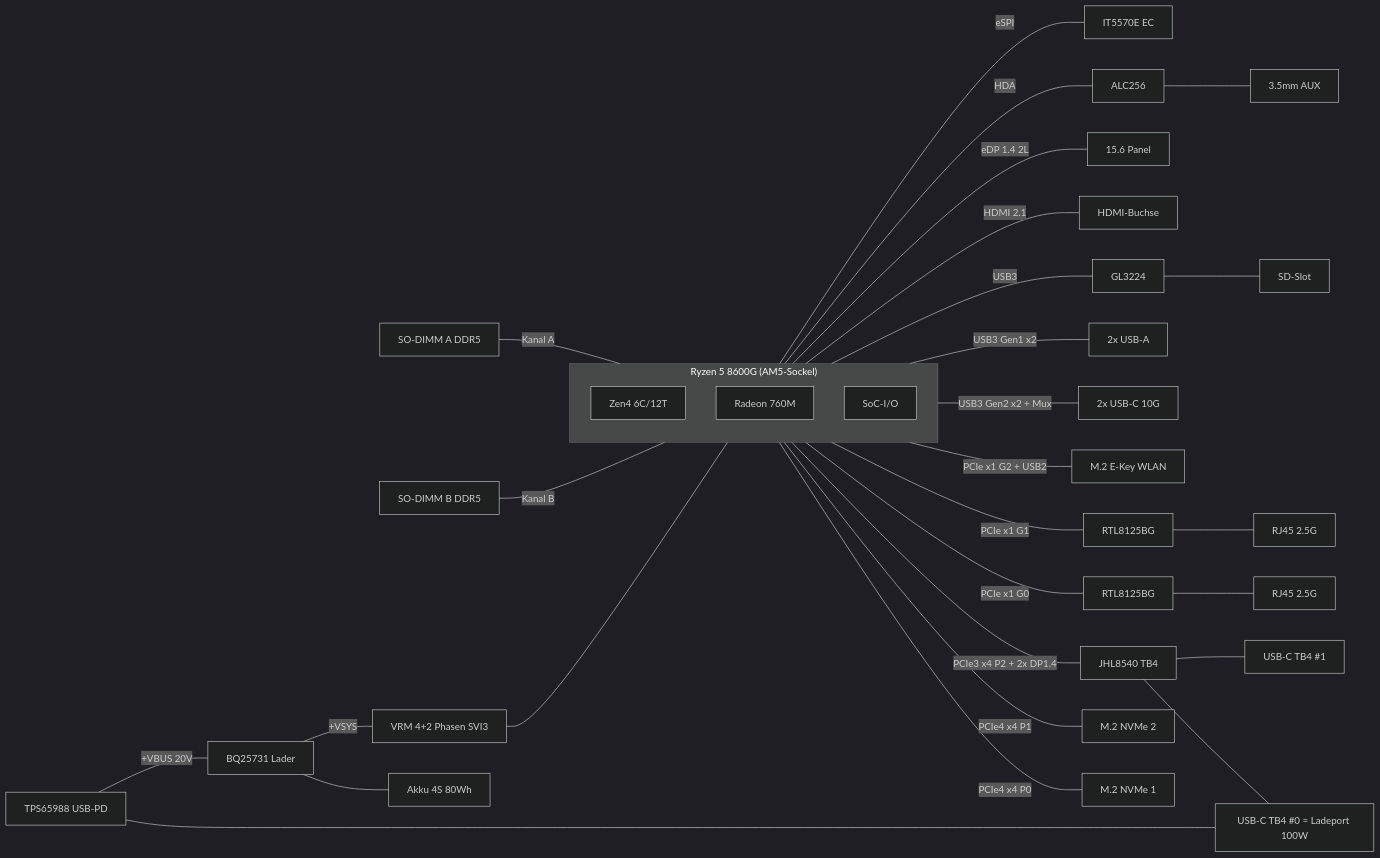
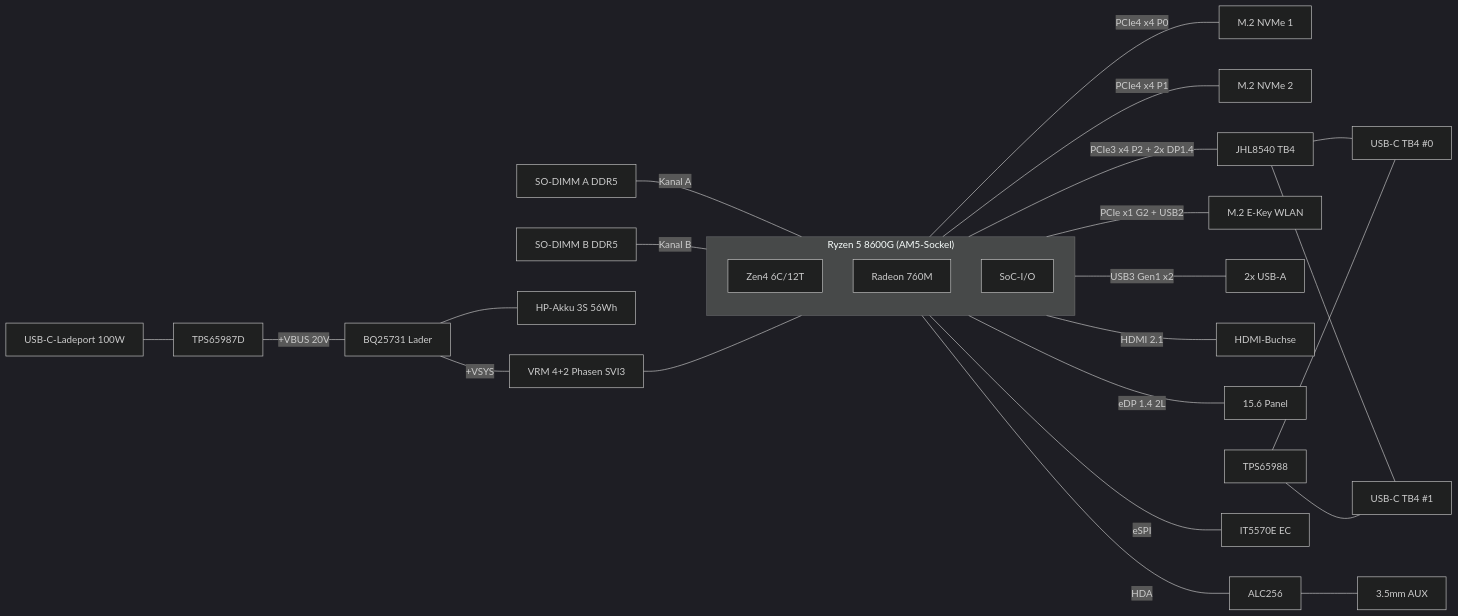
Before and after one commit to joelbettschen2010-dotcom/-: the diagram in laptop-mainboard/docs/architektur.md, drawn with Mermaid (dark theme). The commit also changed other lines of this file and 66 other files, not shown here.

````diff
--- a/laptop-mainboard/docs/architektur.md
+++ b/laptop-mainboard/docs/architektur.md
@@ -5,30 +5,28 @@
 ```mermaid
 flowchart LR
     subgraph SOC["Ryzen 5 8600G (AM5-Sockel)"]
         CPU[Zen4 6C/12T]
         GPU[Radeon 760M]
         IO[SoC-I/O]
     end
 
     MEM1[SO-DIMM A DDR5] ---|Kanal A| SOC
     MEM2[SO-DIMM B DDR5] ---|Kanal B| SOC
 
     SOC ---|PCIe4 x4 P0| SSD1[M.2 NVMe 1]
     SOC ---|PCIe4 x4 P1| SSD2[M.2 NVMe 2]
     SOC ---|PCIe3 x4 P2 + 2x DP1.4| TB[JHL8540 TB4]
-    TB --- TB0[USB-C TB4 #0 = Ladeport 100W]
+    TB --- TB0[USB-C TB4 #0]
     TB --- TB1[USB-C TB4 #1]
-    SOC ---|PCIe x1 G0| LAN1[RTL8125BG] --- RJ1[RJ45 2.5G]
-    SOC ---|PCIe x1 G1| LAN2[RTL8125BG] --- RJ2[RJ45 2.5G]
     SOC ---|PCIe x1 G2 + USB2| WIFI[M.2 E-Key WLAN]
-    SOC ---|USB3 Gen2 x2 + Mux| USBC[2x USB-C 10G]
     SOC ---|USB3 Gen1 x2| USBA[2x USB-A]
-    SOC ---|USB3| SD[GL3224] --- SDS[SD-Slot]
     SOC ---|HDMI 2.1| HDMI[HDMI-Buchse]
     SOC ---|eDP 1.4 2L| PANEL[15.6 Panel]
     SOC ---|HDA| AUD[ALC256] --- JACK[3.5mm AUX]
     SOC ---|eSPI| EC[IT5570E EC]
-    PD[TPS65988 USB-PD] --- TB0
-    PD ---|+VBUS 20V| CHG[BQ25731 Lader] --- BAT[Akku 4S 80Wh]
+    PWR[USB-C-Ladeport 100W] --- PD2[TPS65987D]
+    PD2 ---|+VBUS 20V| CHG[BQ25731 Lader] --- BAT[HP-Akku 3S 56Wh]
+    PD[TPS65988] --- TB0
+    PD --- TB1
     CHG ---|+VSYS| VRM[VRM 4+2 Phasen SVI3] --- SOC
 ```
````
